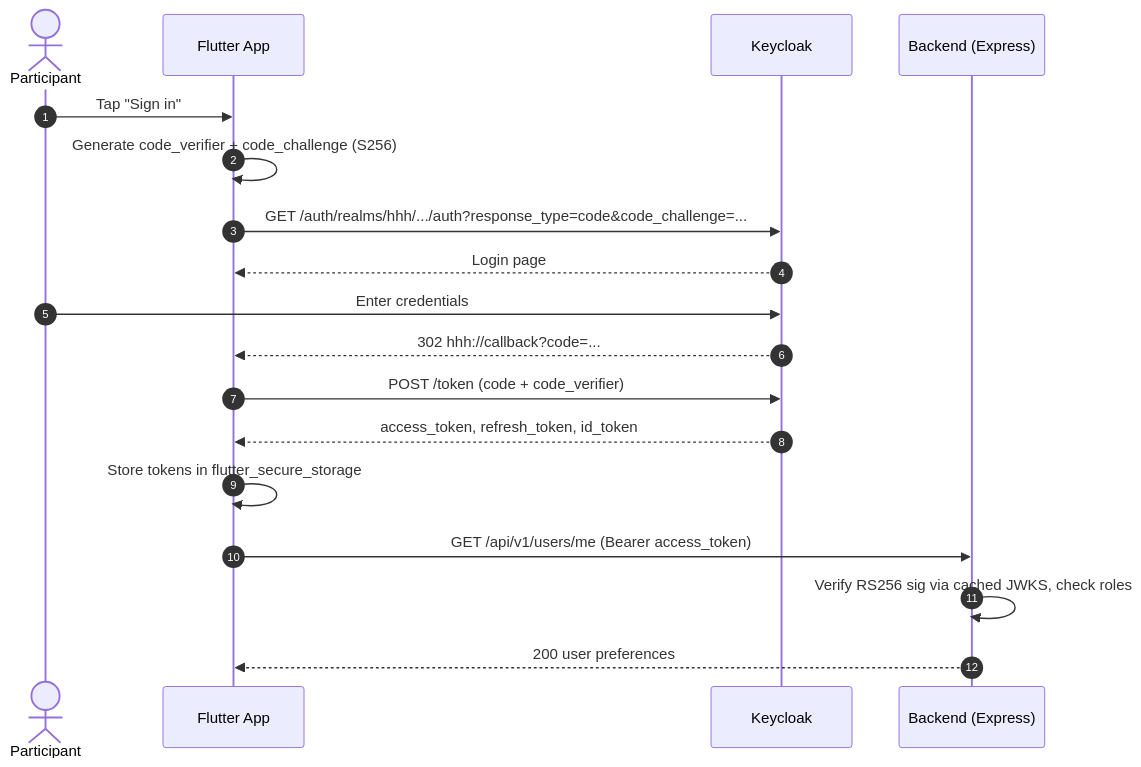
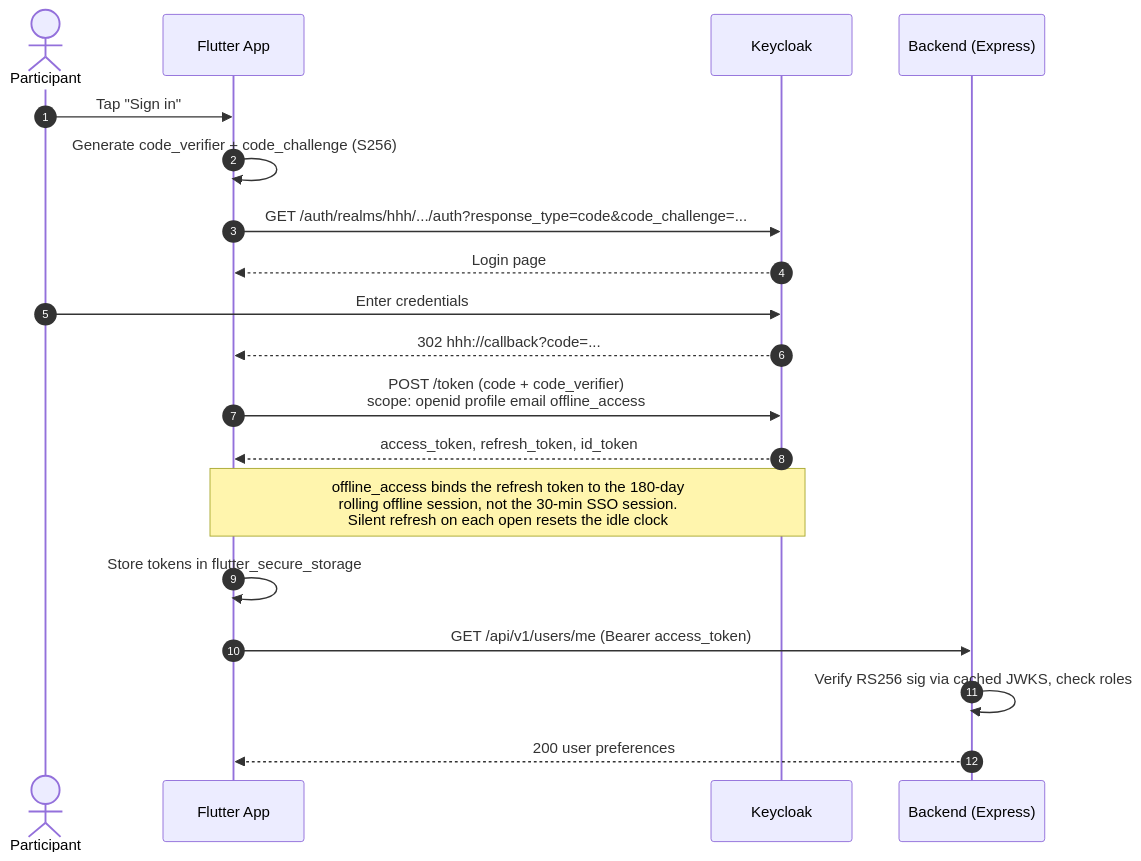
Before and after one commit to Bulgy404/health-habit-hub: the diagram in docs/diagrams/sequences/UC-01-register-sign-in.mmd, drawn with Mermaid. The commit also changed 11 other files, not shown here.

```diff
--- a/docs/diagrams/sequences/UC-01-register-sign-in.mmd
+++ b/docs/diagrams/sequences/UC-01-register-sign-in.mmd
@@ -1,20 +1,21 @@
 %% UC-01 — Register & sign in (OIDC Authorization Code + PKCE)
 sequenceDiagram
     autonumber
     actor P as Participant
     participant F as Flutter App
     participant KC as Keycloak
     participant B as Backend (Express)
 
     P->>F: Tap "Sign in"
     F->>F: Generate code_verifier + code_challenge (S256)
     F->>KC: GET /auth/realms/hhh/.../auth?response_type=code&code_challenge=...
     KC-->>F: Login page
     P->>KC: Enter credentials
     KC-->>F: 302 hhh://callback?code=...
-    F->>KC: POST /token (code + code_verifier)
+    F->>KC: POST /token (code + code_verifier)<br/>scope: openid profile email offline_access
     KC-->>F: access_token, refresh_token, id_token
+    Note over F,KC: offline_access binds the refresh token to the 180-day<br/>rolling offline session, not the 30-min SSO session.<br/>Silent refresh on each open resets the idle clock
     F->>F: Store tokens in flutter_secure_storage
     F->>B: GET /api/v1/users/me (Bearer access_token)
     B->>B: Verify RS256 sig via cached JWKS, check roles
     B-->>F: 200 user preferences
```
